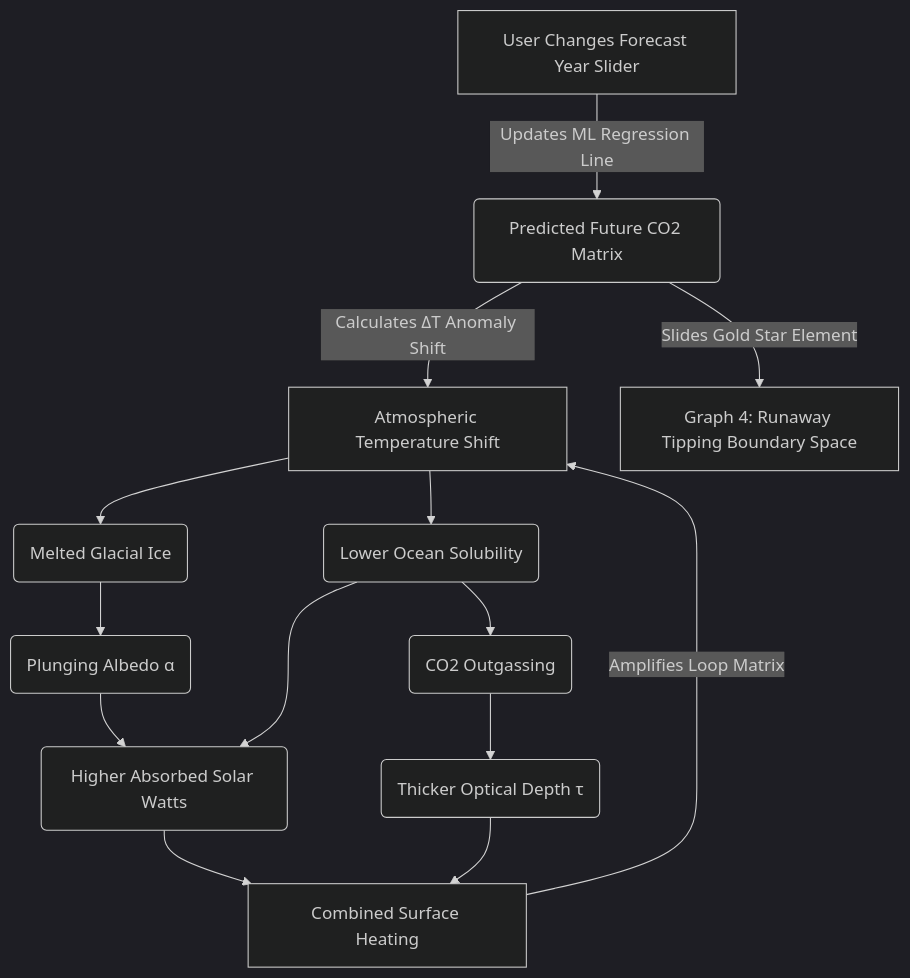
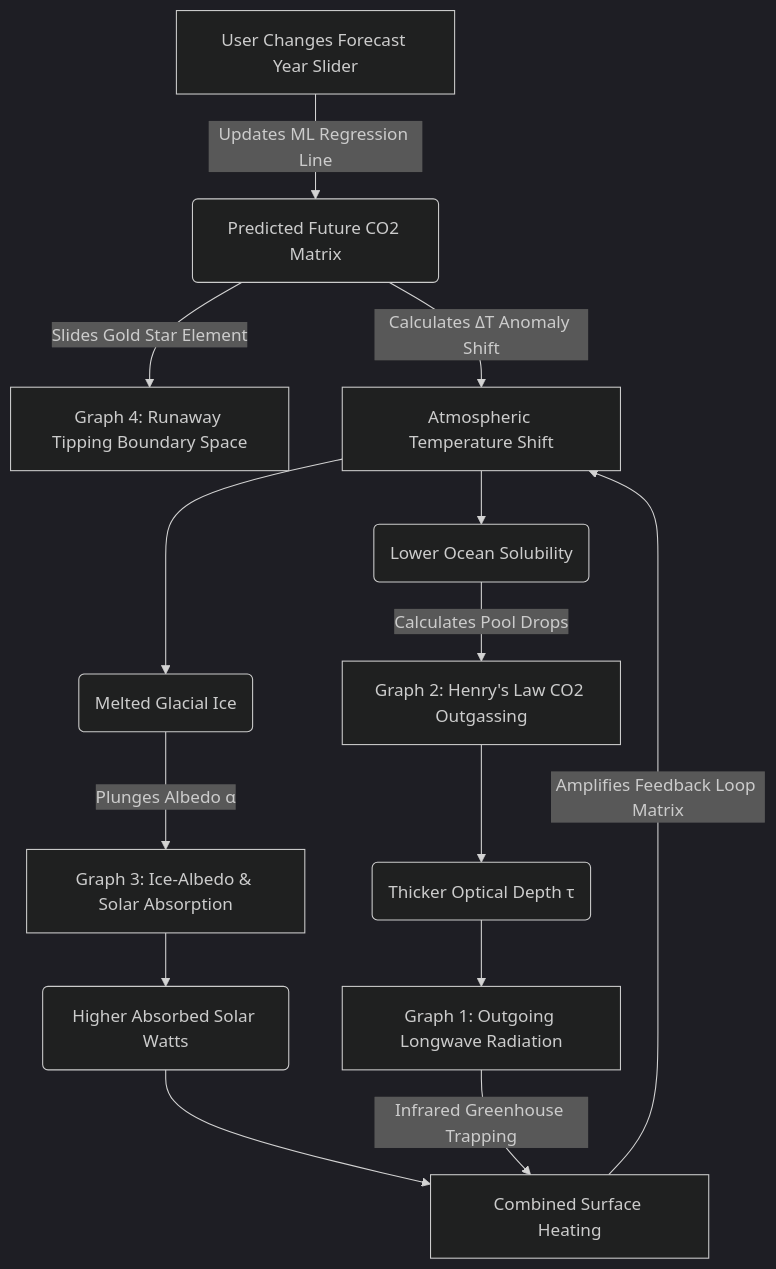
Before and after one commit to SRINIVASTA/planetary-climate-dashboard: the diagram in README.md, drawn with Mermaid (dark theme).

Commit message:
Update mermaid diagram in README.md

````diff
--- a/README.md
+++ b/README.md
@@ -58,21 +58,22 @@
 ```mermaid
 graph TD
     UserSlider[User Changes Forecast Year Slider] -->|Updates ML Regression Line| FutureCO2(Predicted Future CO2 Matrix)
+    
+    FutureCO2 -->|Slides Gold Star Element| Graph4[Graph 4: Runaway Tipping Boundary Space]
     FutureCO2 -->|Calculates ΔT Anomaly Shift| A[Atmospheric Temperature Shift]
     
     A --> B(Melted Glacial Ice)
     A --> C(Lower Ocean Solubility)
     
-    B --> D(Plunging Albedo α)
-    C --> E(CO2 Outgassing)
+    B -->|Plunges Albedo α| Graph3[Graph 3: Ice-Albedo & Solar Absorption]
+    C -->|Calculates Pool Drops| Graph2[Graph 2: Henry's Law CO2 Outgassing]
     
-    D --> F(Higher Absorbed Solar Watts)
-    C --> F
+    Graph2 --> G(Thicker Optical Depth τ)
+    Graph3 --> F(Higher Absorbed Solar Watts)
     
-    E --> G(Thicker Optical Depth τ)
+    G --> Graph1[Graph 1: Outgoing Longwave Radiation]
     F --> H[Combined Surface Heating]
-    G --> H
     
-    H -->|Amplifies Loop Matrix| A
-    FutureCO2 -->|Slides Gold Star Element| Graph4[Graph 4: Runaway Tipping Boundary Space]
+    Graph1 -->|Infrared Greenhouse Trapping| H
+    H -->|Amplifies Feedback Loop Matrix| A
 ```
````
